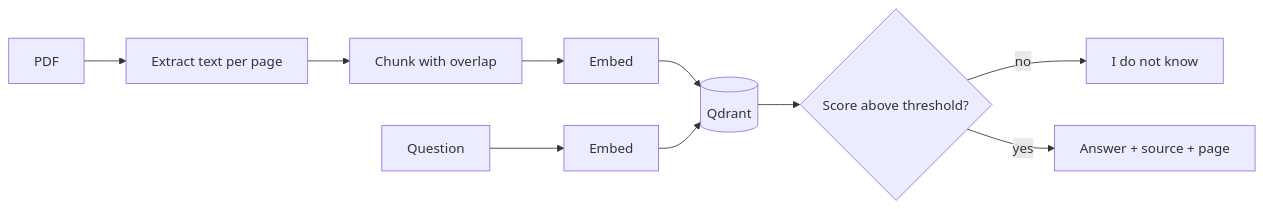
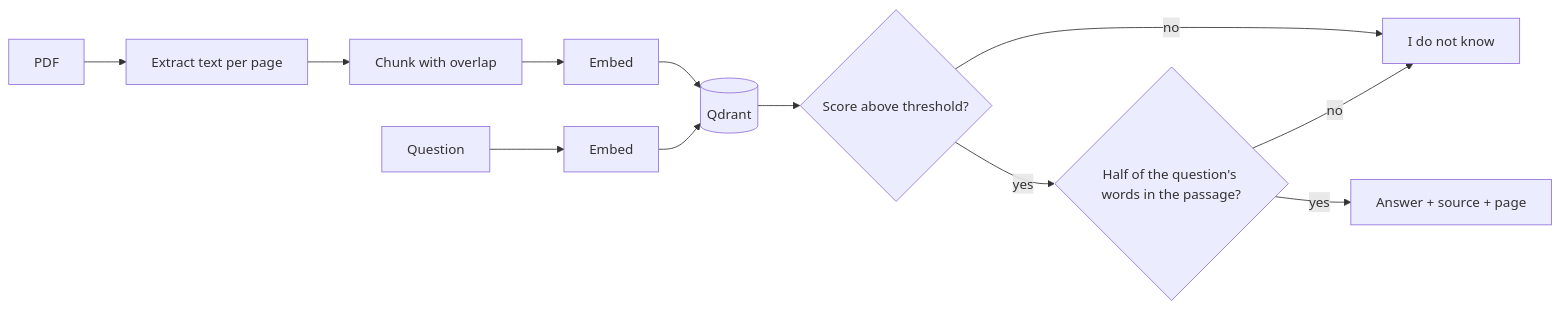
The diagram in README.md (tahamohmadf19-dev/rag-document-search), drawn with Mermaid before and after one commit. The commit also changed other lines of this file and 4 other files, not shown here.

First line of the commit message:
fix: abstain when the passage does not contain the question's words

````diff
--- a/README.md
+++ b/README.md
@@ -12,12 +12,14 @@
 ```mermaid
 flowchart LR
   PDF["PDF"] --> LOAD["Extract text per page"]
   LOAD --> CHUNK["Chunk with overlap"]
   CHUNK --> EMBED["Embed"]
   EMBED --> QD[("Qdrant")]
   Q["Question"] --> QEMBED["Embed"]
   QEMBED --> QD
   QD --> GATE{"Score above threshold?"}
   GATE -->|no| ABSTAIN["I do not know"]
-  GATE -->|yes| ANSWER["Answer + source + page"]
+  GATE -->|yes| SUPPORT{"Half of the question's words in the passage?"}
+  SUPPORT -->|no| ABSTAIN
+  SUPPORT -->|yes| ANSWER["Answer + source + page"]
 ```
````
